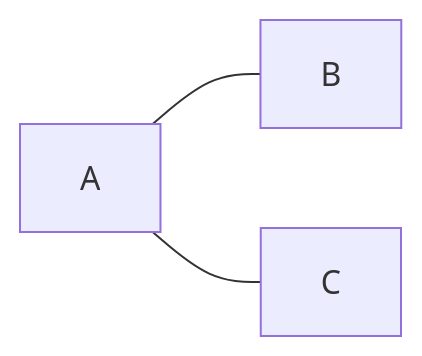
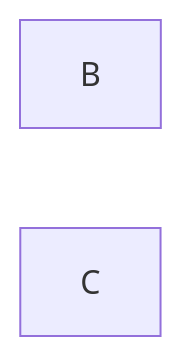
The tenth of 26 diagrams in MarkDown/RicercaOperativa.md (MassariFilippo/Appunti), drawn with Mermaid before and after one commit. The commit also changed other lines of this file, not shown here.

````diff
--- a/MarkDown/RicercaOperativa.md
+++ b/MarkDown/RicercaOperativa.md
@@ -1013,5 +1034,5 @@
 ```mermaid
   graph LR
-      A --- B
-      A --- C
+       B
+       C
 ```
````
